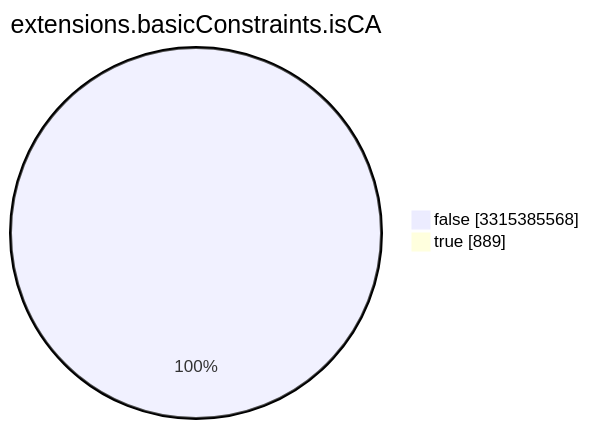
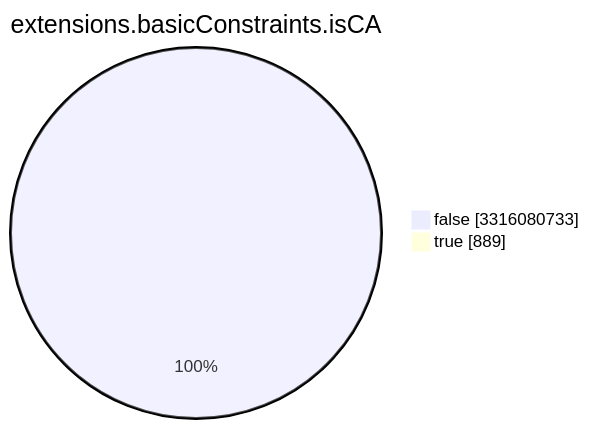
Before and after one commit to christiankrug/ctmonitor_visualization: the seventh of 15 diagrams in TOTAL/README.md, drawn with Mermaid. The commit also changed other lines of this file, not shown here.

````diff
--- a/TOTAL/README.md
+++ b/TOTAL/README.md
@@ -3089,6 +3089,6 @@
 ```mermaid
 pie showData
 title extensions.basicConstraints.isCA
-"false" :3315385568
+"false" :3316080733
 "true" :889
 ```
````
